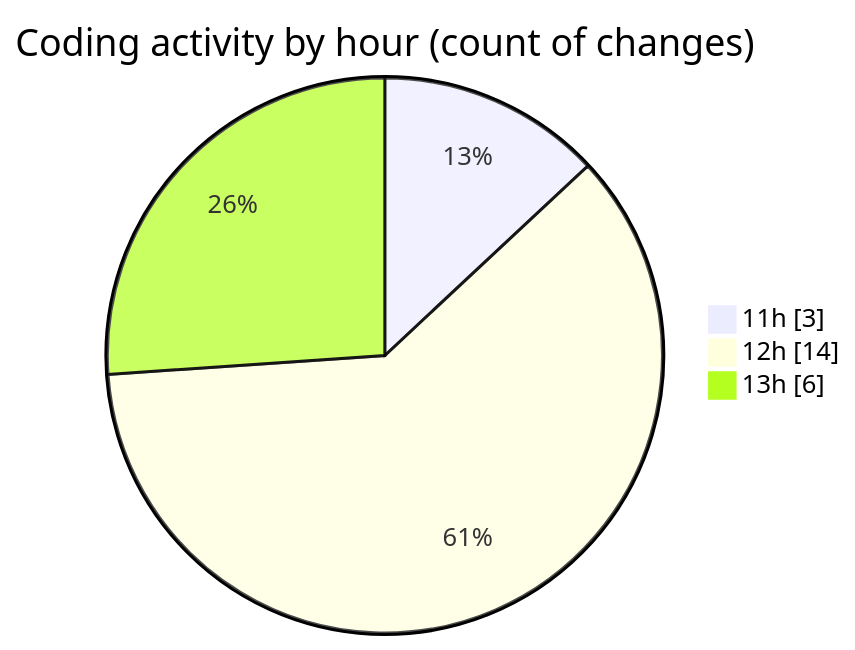
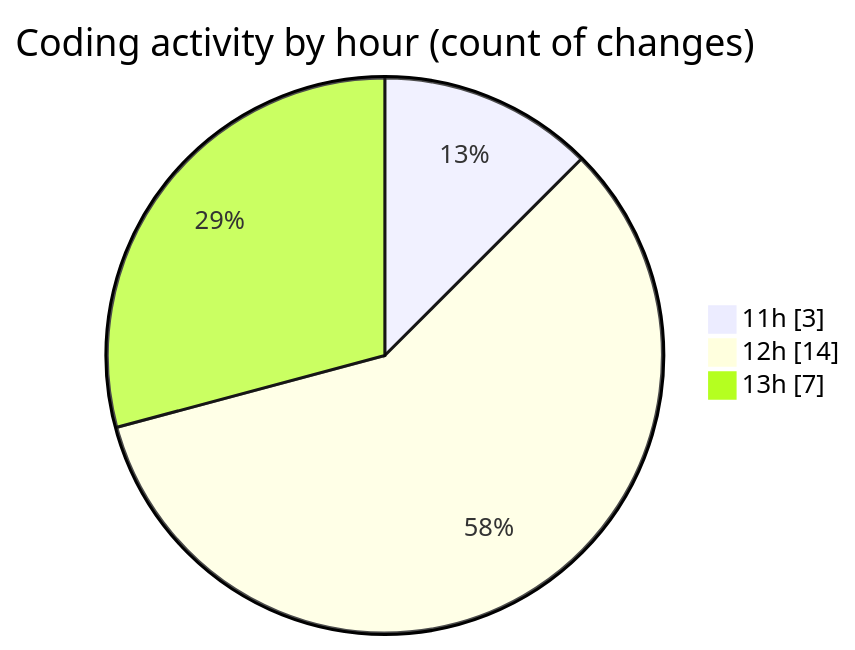
Before and after one commit to nxtqubesakshisongat/code-tracking: the second of 2 diagrams in 2026-01-06/nxtqube_webapp/README.md, drawn with Mermaid. The commit also changed other lines of this file and 1 other file, not shown here.

````diff
--- a/2026-01-06/nxtqube_webapp/README.md
+++ b/2026-01-06/nxtqube_webapp/README.md
@@ -29,7 +29,7 @@
 ```mermaid
 pie showData
 title Coding activity by hour (count of changes)
 "11h" : 3
 "12h" : 14
-"13h" : 6
+"13h" : 7
 ```
````
